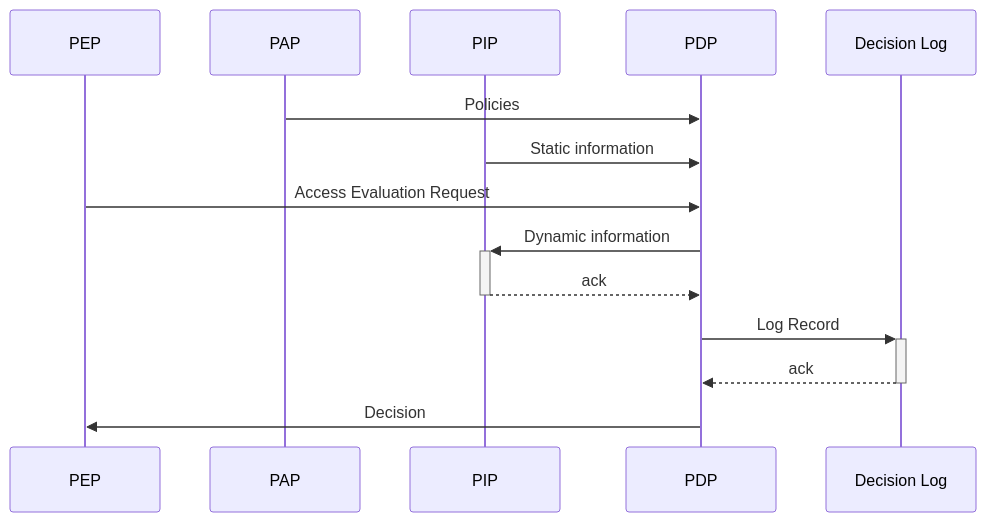
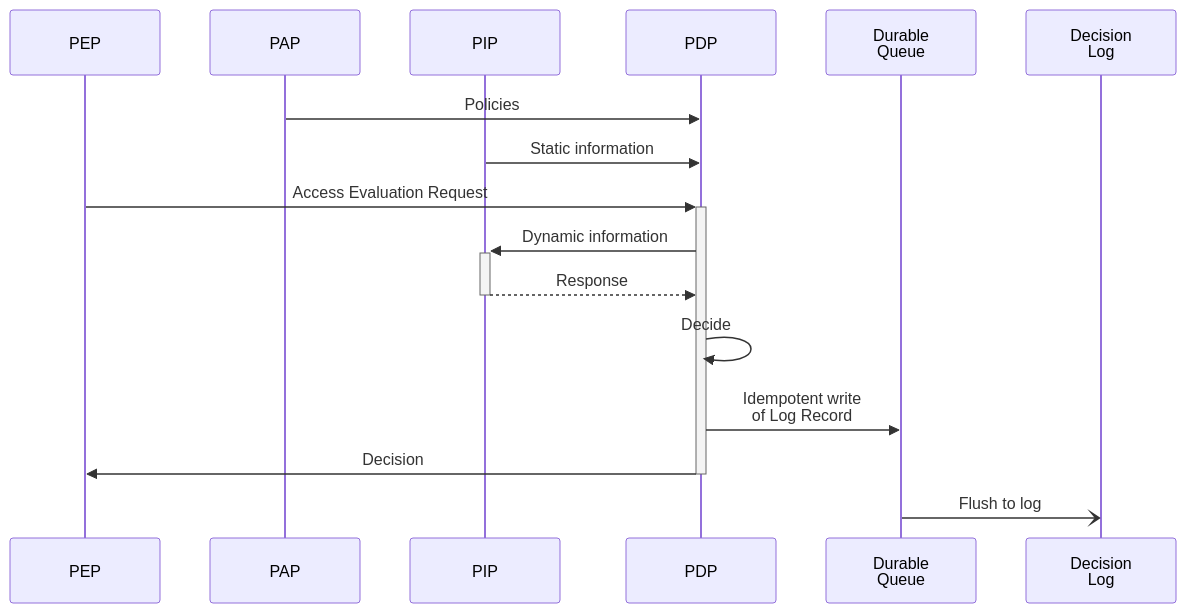
Before and after one commit to VNG-Realisatie/authorization-decision-log: the diagram in images/writing-log-record.mmd, drawn with Mermaid. The commit also changed 8 other files, not shown here.

```diff
--- a/images/writing-log-record.mmd
+++ b/images/writing-log-record.mmd
@@ -1,14 +1,16 @@
 sequenceDiagram
     participant PEP
     participant PAP
     participant PIP
     participant PDP
-    participant Decision Log
+    participant Queue as Durable<br/>Queue
+    participant ADL as Decision<br/>Log
     PAP->>PDP: Policies
     PIP->>PDP: Static information
-    PEP->>PDP: Access Evaluation Request
+    PEP->>+PDP: Access Evaluation Request
     PDP->>+PIP: Dynamic information
-    PIP-->>-PDP: ack
-    PDP->>+Decision Log: Log Record
-    Decision Log-->>-PDP: ack
-    PDP->>PEP: Decision
+    PIP-->>-PDP: Response
+    PDP->>PDP: Decide
+    PDP->>Queue: Idempotent write<br/>of Log Record
+    PDP->>-PEP: Decision
+    Queue-)ADL: Flush to log
```
